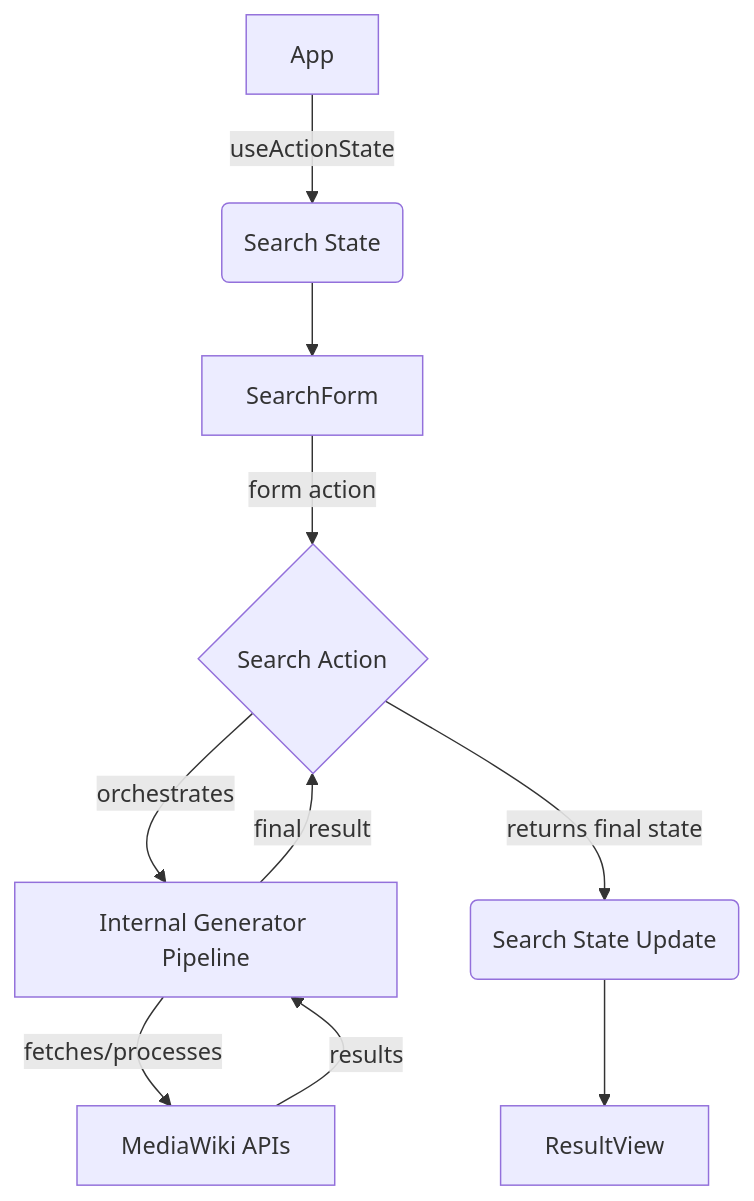
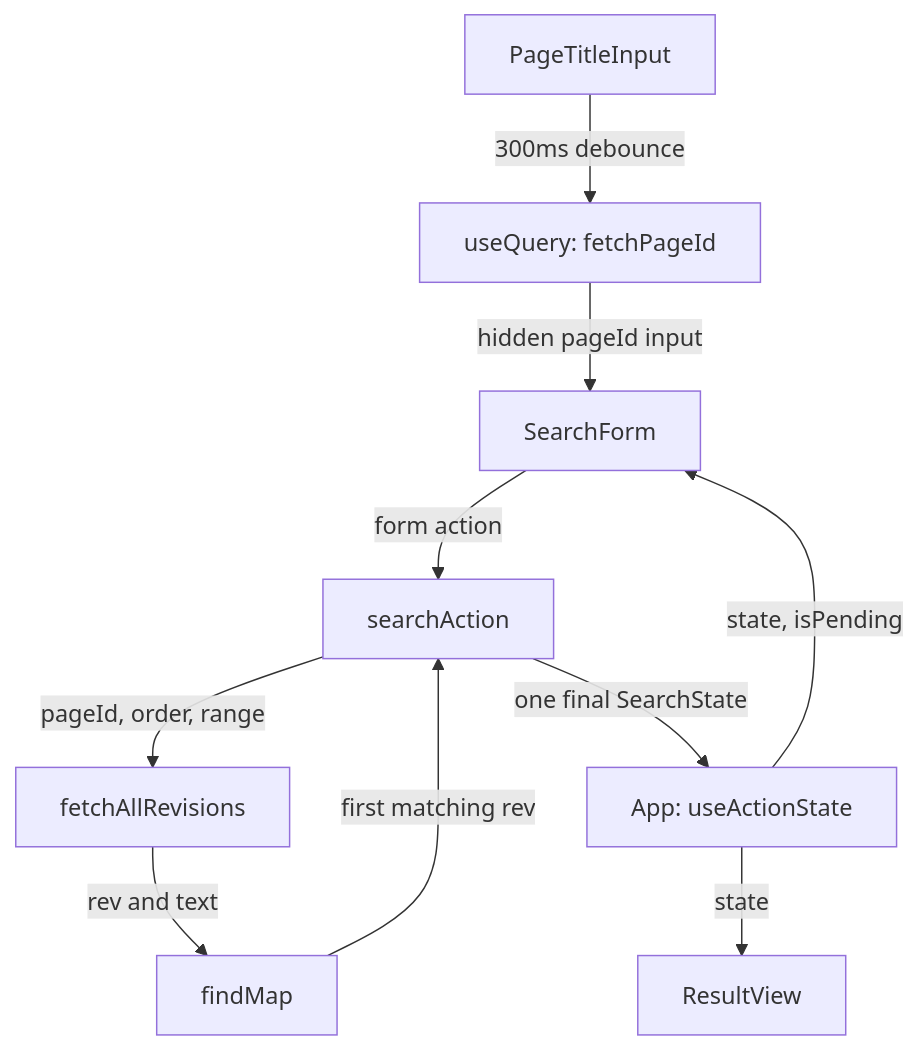
The diagram in docs/architecture-overview.md (Wintus/Wikipedia-Blame), drawn with Mermaid before and after one commit. The commit also changed other lines of this file, not shown here.

First line of the commit message:
docs: rewrite the architecture overview against the current code

````diff
--- a/docs/architecture-overview.md
+++ b/docs/architecture-overview.md
@@ -31,12 +8,12 @@
 ```mermaid
 graph TD
-	A[App] -->|useActionState| B(Search State)
-	B --> C[SearchForm]
-	C -->|form action| D{Search Action}
-	D -->|orchestrates| E[Internal Generator Pipeline]
-	E -->|fetches/processes| F[MediaWiki APIs]
-	F -->|results| E
-	E -->|final result| D
-	D -->|returns final state| G(Search State Update)
-	G --> H[ResultView]
+	A[PageTitleInput] -->|300ms debounce| B[useQuery: fetchPageId]
+	B -->|hidden pageId input| C[SearchForm]
+	C -->|form action| D[searchAction]
+	D -->|pageId, order, range| E[fetchAllRevisions]
+	E -->|rev and text| F[findMap]
+	F -->|first matching rev| D
+	D -->|one final SearchState| G[App: useActionState]
+	G -->|state, isPending| C
+	G -->|state| H[ResultView]
 ```
````
